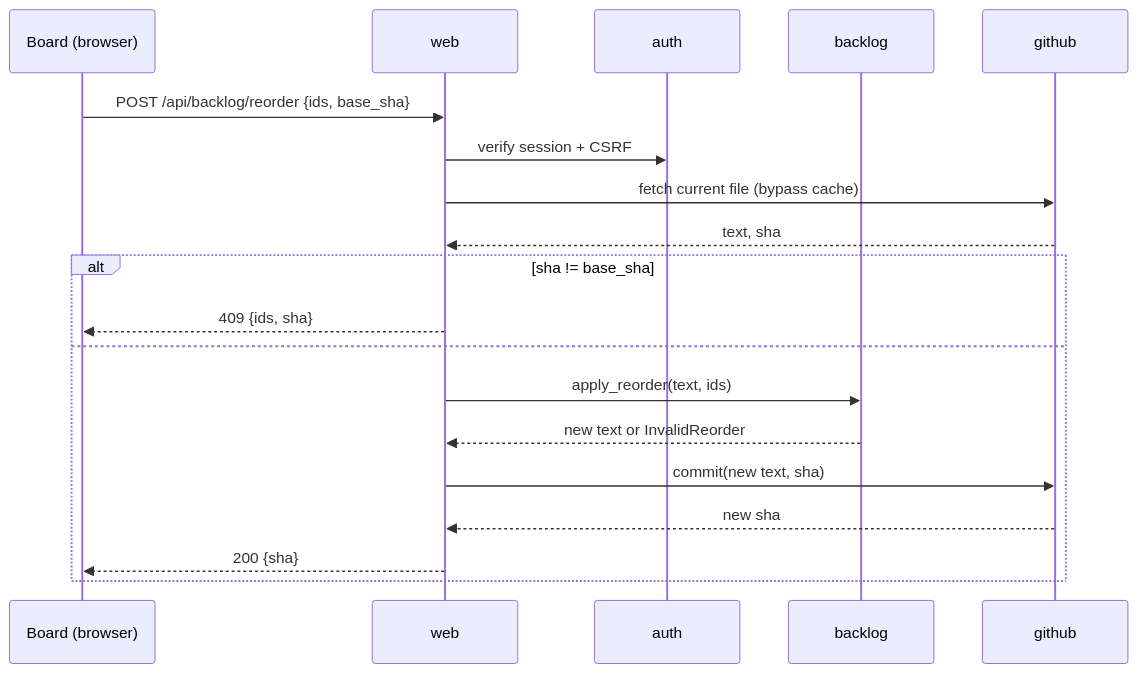
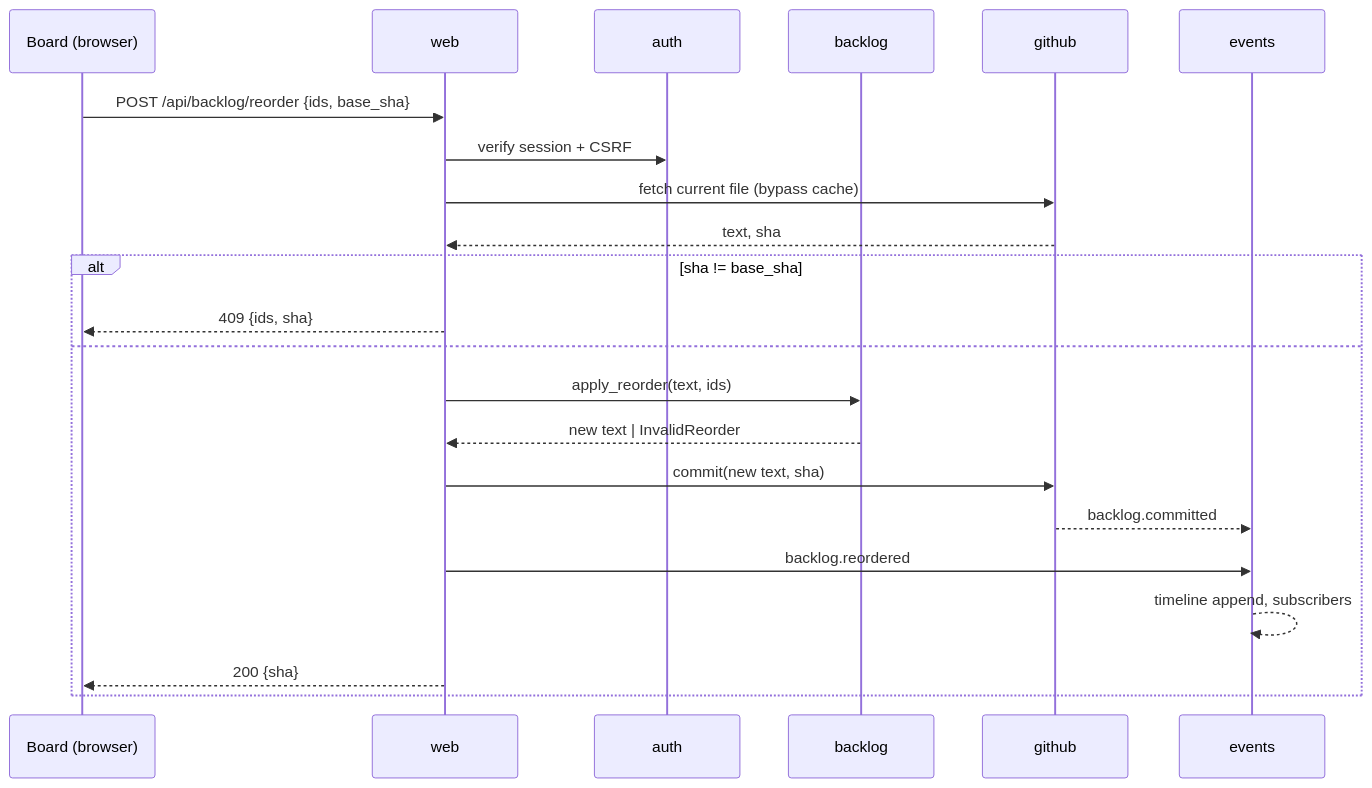
One commit to priaby/backlog-works changed the second of 2 diagrams in docs/architecture.md. Above: the diagram before and after it, drawn with Mermaid. The commit also changed other lines of this file and 28 other files, not shown here.

First line of the commit message:
feat: event-driven architecture baseline and demo board

````diff
--- a/docs/architecture.md
+++ b/docs/architecture.md
@@ -86,21 +136,24 @@
 ```mermaid
 sequenceDiagram
   participant B as Board (browser)
   participant W as web
   participant A as auth
   participant D as backlog
   participant G as github
+  participant E as events
   B->>W: POST /api/backlog/reorder {ids, base_sha}
   W->>A: verify session + CSRF
   W->>G: fetch current file (bypass cache)
   G-->>W: text, sha
   alt sha != base_sha
     W-->>B: 409 {ids, sha}
   else
     W->>D: apply_reorder(text, ids)
-    D-->>W: new text or InvalidReorder
+    D-->>W: new text | InvalidReorder
     W->>G: commit(new text, sha)
-    G-->>W: new sha
+    G-->>E: backlog.committed
+    W->>E: backlog.reordered
+    E-->>E: timeline append, subscribers
     W-->>B: 200 {sha}
   end
 ```
````
